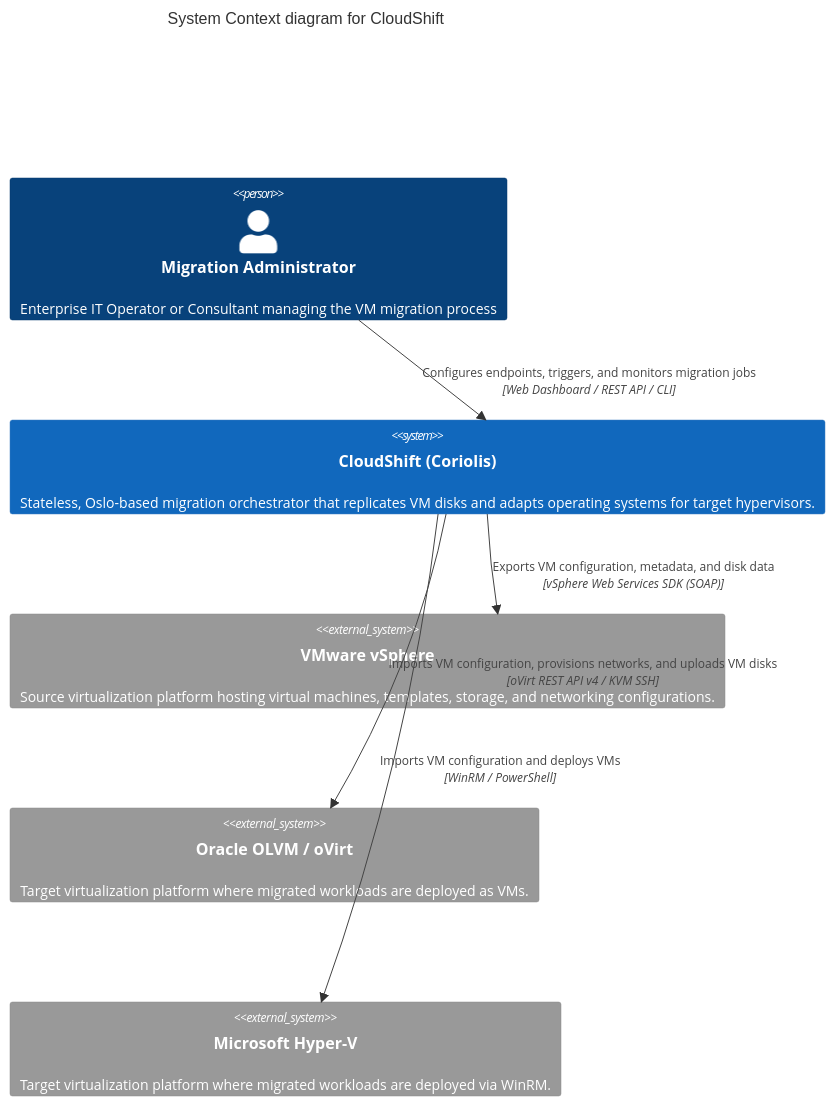
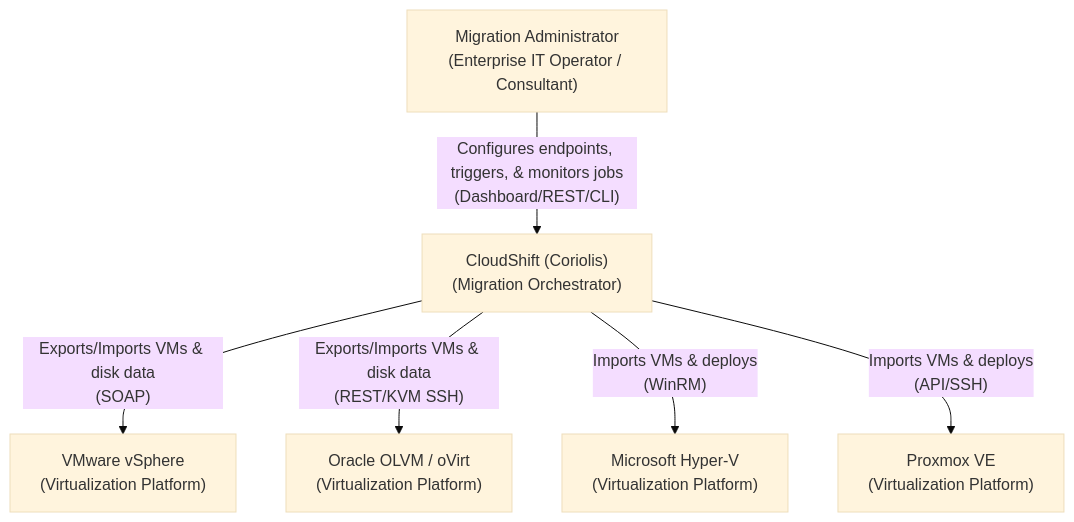
One commit to foozy74/cloudshift changed the diagram in docs/architecture/c4-context.md. Above: the diagram before and after it, drawn with Mermaid (base theme). The commit also changed other lines of this file and 15 other files, not shown here.

Commit message:
feat: add Proxmox destination and VMware import / OLVM export reverse migration, adapt dashboard, Swagger and architecture docs

````diff
--- a/docs/architecture/c4-context.md
+++ b/docs/architecture/c4-context.md
@@ -5,20 +5,15 @@
 ```mermaid
-C4Context
-  title System Context diagram for CloudShift
+flowchart TD
+  admin["Migration Administrator<br>(Enterprise IT Operator / Consultant)"]
+  cloudshift["CloudShift (Coriolis)<br>(Migration Orchestrator)"]
+  vmware["VMware vSphere<br>(Virtualization Platform)"]
+  olvm["Oracle OLVM / oVirt<br>(Virtualization Platform)"]
+  hyperv["Microsoft Hyper-V<br>(Virtualization Platform)"]
+  proxmox["Proxmox VE<br>(Virtualization Platform)"]
 
-  Person(admin, "Migration Administrator", "Enterprise IT Operator or Consultant managing the VM migration process")
-  
-  System(cloudshift, "CloudShift (Coriolis)", "Stateless, Oslo-based migration orchestrator that replicates VM disks and adapts operating systems for target hypervisors.")
-
-  System_Ext(vmware, "VMware vSphere", "Source virtualization platform hosting virtual machines, templates, storage, and networking configurations.")
-  
-  System_Ext(olvm, "Oracle OLVM / oVirt", "Target virtualization platform where migrated workloads are deployed as VMs.")
-  
-  System_Ext(hyperv, "Microsoft Hyper-V", "Target virtualization platform where migrated workloads are deployed via WinRM.")
-
-  Rel(admin, cloudshift, "Configures endpoints, triggers, and monitors migration jobs", "Web Dashboard / REST API / CLI")
-  
-  Rel(cloudshift, vmware, "Exports VM configuration, metadata, and disk data", "vSphere Web Services SDK (SOAP)")
-  Rel(cloudshift, olvm, "Imports VM configuration, provisions networks, and uploads VM disks", "oVirt REST API v4 / KVM SSH")
-  Rel(cloudshift, hyperv, "Imports VM configuration and deploys VMs", "WinRM / PowerShell")
+  admin -->|"Configures endpoints, triggers, & monitors jobs<br>(Dashboard/REST/CLI)"| cloudshift
+  cloudshift -->|"Exports/Imports VMs & disk data<br>(SOAP)"| vmware
+  cloudshift -->|"Exports/Imports VMs & disk data<br>(REST/KVM SSH)"| olvm
+  cloudshift -->|"Imports VMs & deploys<br>(WinRM)"| hyperv
+  cloudshift -->|"Imports VMs & deploys<br>(API/SSH)"| proxmox
 ```
````
